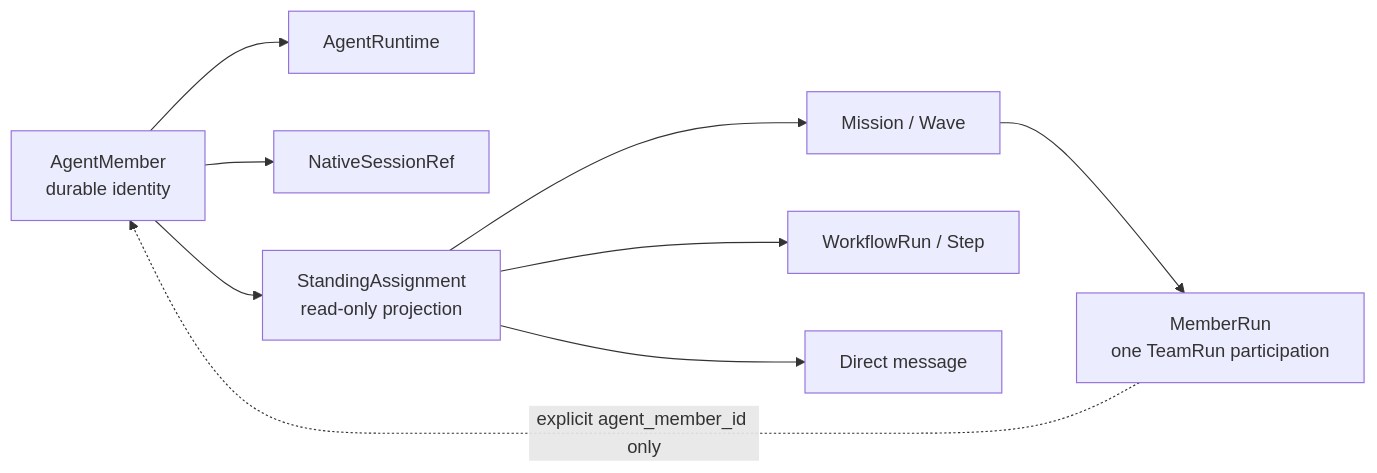
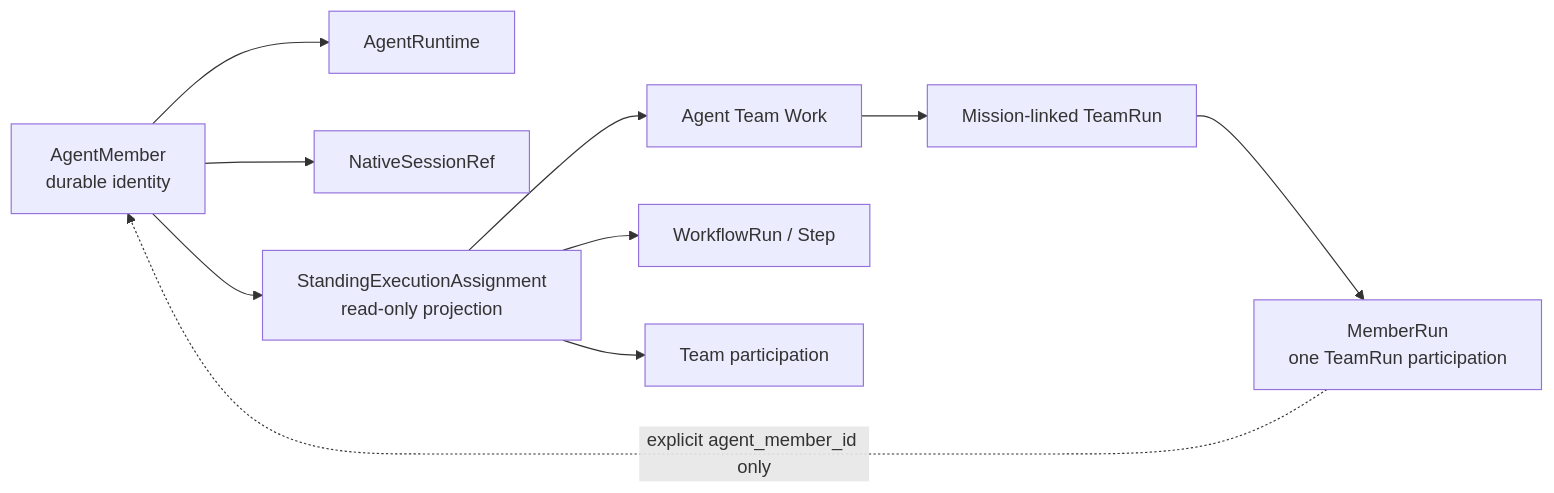
Before and after one commit to cyl19970726/multi-agent-harness: the diagram in docs/dashboard/pages/standing-agent-focus.md, drawn with Mermaid. The commit also changed other lines of this file and 127 other files, not shown here.

Commit message:
feat(agent-team): make Works the durable responsibility plane

````diff
--- a/docs/dashboard/pages/standing-agent-focus.md
+++ b/docs/dashboard/pages/standing-agent-focus.md
@@ -64,11 +64,12 @@
 ```mermaid
 flowchart LR
   A["AgentMember\ndurable identity"] --> R["AgentRuntime"]
   A --> S["NativeSessionRef"]
-  A --> X["StandingAssignment\nread-only projection"]
-  X --> M["Mission / Wave"]
+  A --> X["StandingExecutionAssignment\nread-only projection"]
+  X --> TW["Agent Team Work"]
   X --> W["WorkflowRun / Step"]
-  X --> D["Direct message"]
+  X --> P["Team participation"]
+  TW --> M["Mission-linked TeamRun"]
   M --> MR["MemberRun\none TeamRun participation"]
   MR -. "explicit agent_member_id only" .-> A
 ```
````
